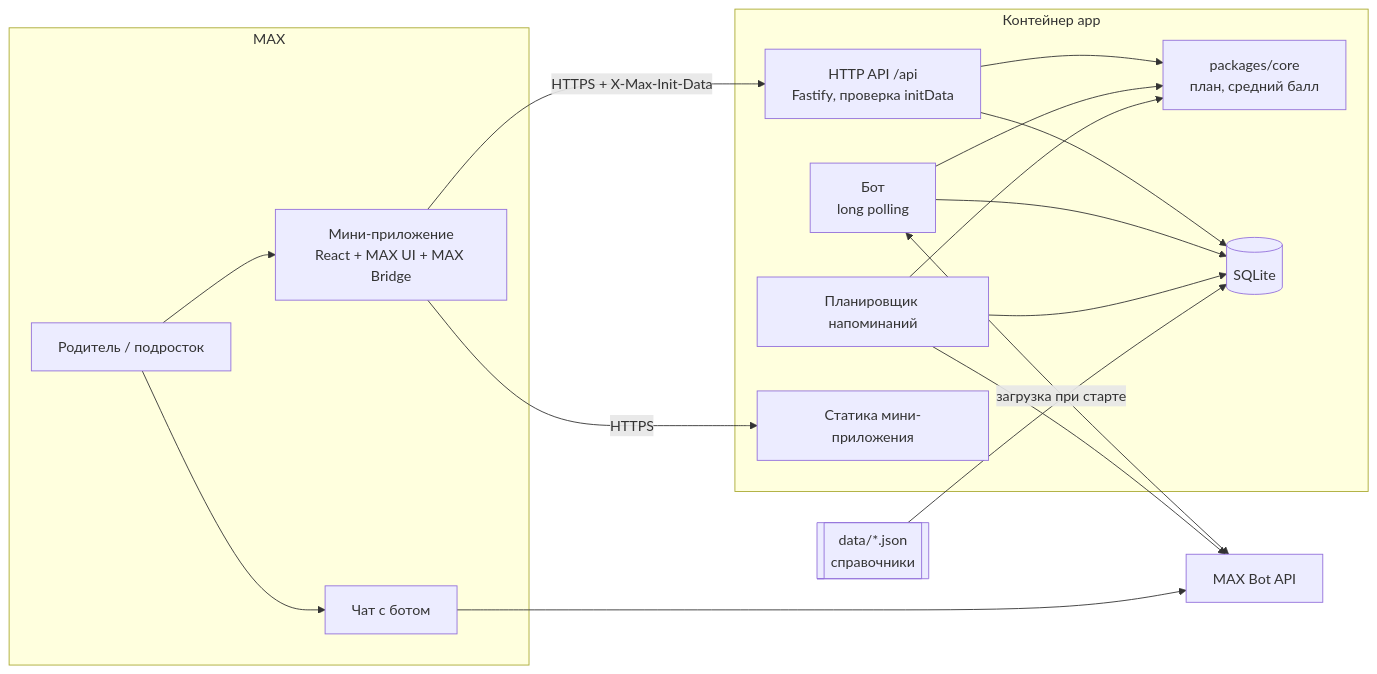
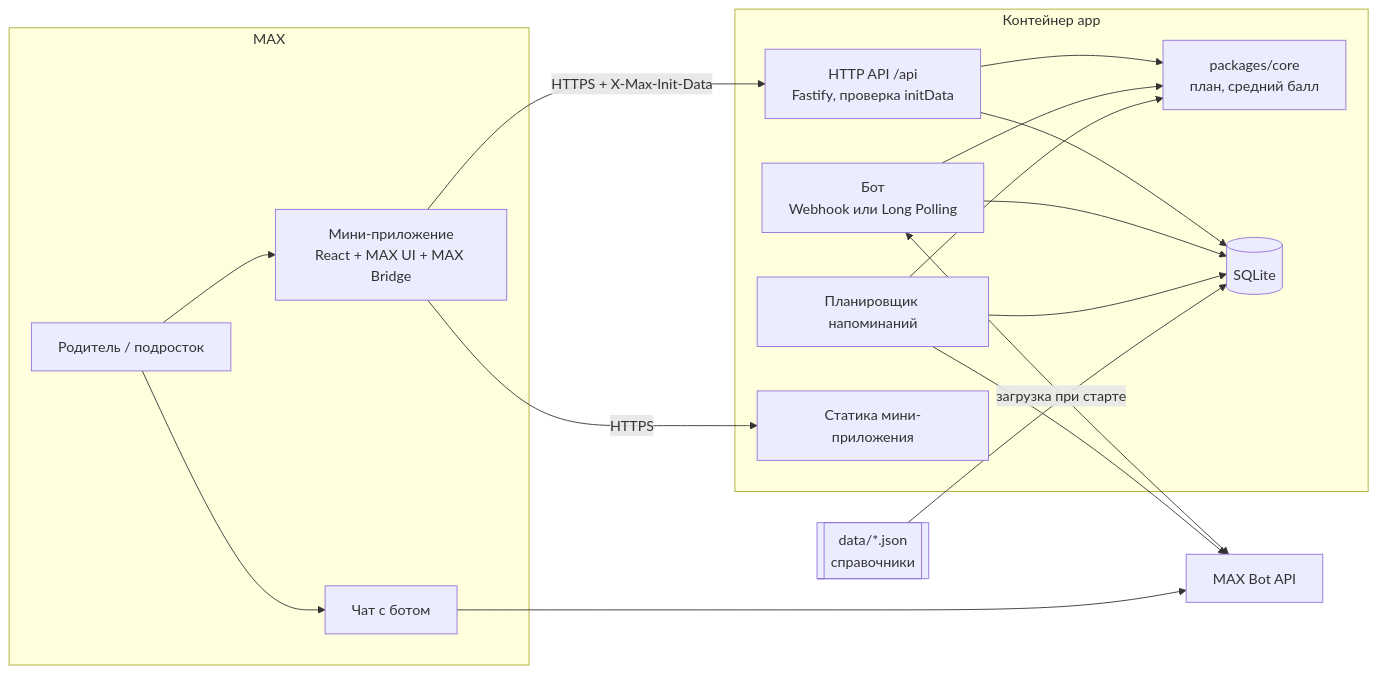
Before and after one commit to imaO0O/max-hackaton: the diagram in README.md, drawn with Mermaid. The commit also changed 4 other files, not shown here.

````diff
--- a/README.md
+++ b/README.md
@@ -32,32 +32,32 @@
 ```mermaid
 flowchart LR
   subgraph MAX
     U[Родитель / подросток]
     B[Чат с ботом]
     M[Мини-приложение<br/>React + MAX UI + MAX Bridge]
   end
   subgraph Контейнер app
     API[HTTP API /api<br/>Fastify, проверка initData]
-    BOT[Бот<br/>long polling]
+    BOT[Бот<br/>Webhook или Long Polling]
     SCH[Планировщик напоминаний]
     CORE[packages/core<br/>план, средний балл]
     DB[(SQLite)]
     STATIC[Статика мини-приложения]
   end
   DATA[[data/*.json<br/>справочники]]
   MAXAPI[MAX Bot API]
 
   U --> B --> MAXAPI
   U --> M
   M -- HTTPS --> STATIC
   M -- HTTPS + X-Max-Init-Data --> API
   BOT <--> MAXAPI
   SCH --> MAXAPI
   API --> CORE
   BOT --> CORE
   SCH --> CORE
   API --> DB
   BOT --> DB
   SCH --> DB
   DATA -- загрузка при старте --> DB
 ```
````
